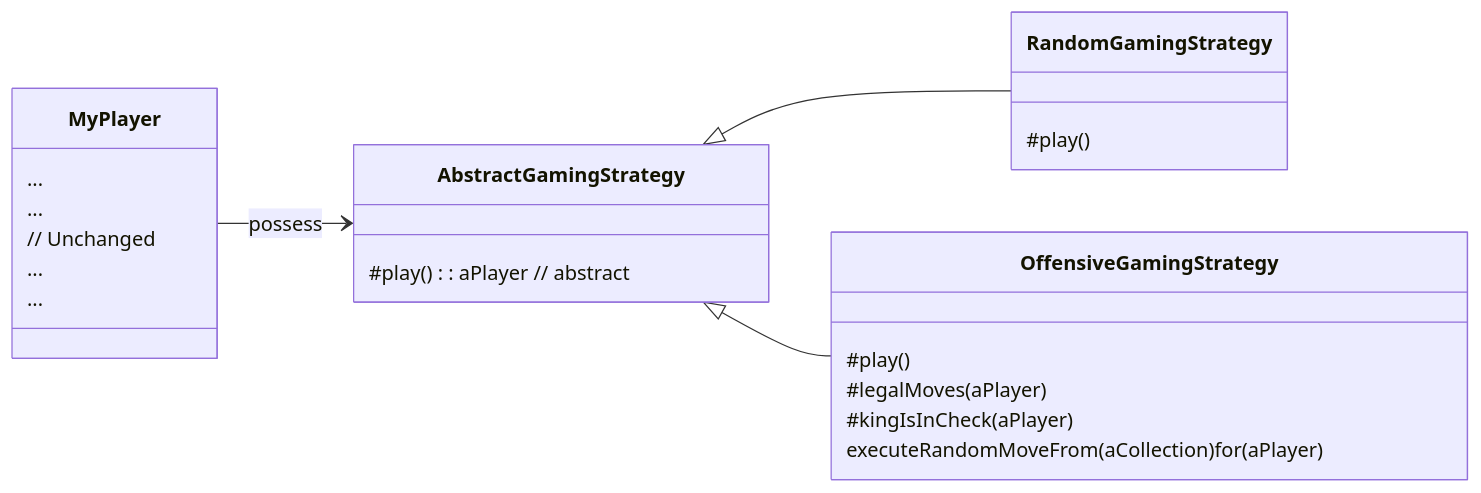
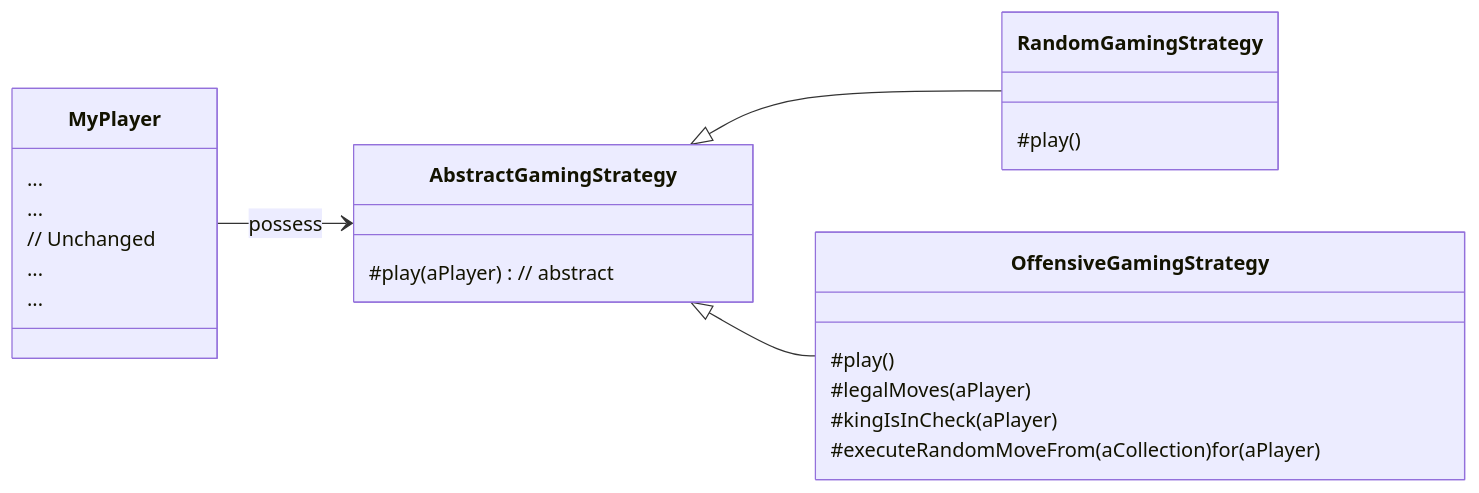
Before and after one commit to UnivLille-Meta/Miage-C3P: the second of 2 diagrams in groups/deloison-dacosta/report_week05.md, drawn with Mermaid. The commit also changed other lines of this file, not shown here.

Commit message:
Update week 5 report

`````diff
--- a/groups/deloison-dacosta/report_week05.md
+++ b/groups/deloison-dacosta/report_week05.md
@@ -98,33 +98,33 @@
 ```mermaid
 %% LR = Left to Right
 classDiagram
 direction LR
 
 %% --- Hiérarchie à gauche ---
     class AbstractGamingStrategy{
-        #play(): aPlayer // abstract
+        #play(aPlayer)  // abstract
     }
 
     class RandomGamingStrategy {
         #play()
     }
 
     class OffensiveGamingStrategy {
         #play()
         #legalMoves(aPlayer)
         #kingIsInCheck(aPlayer)
-        executeRandomMoveFrom(aCollection)for(aPlayer)
+        #executeRandomMoveFrom(aCollection)for(aPlayer)
     }
 
     class MyPlayer {
         ...
         ...
         // Unchanged
         ...
         ...
     }
 
     MyPlayer --> AbstractGamingStrategy : possess
     AbstractGamingStrategy <|-- RandomGamingStrategy
     AbstractGamingStrategy <|-- OffensiveGamingStrategy
 ````
`````
